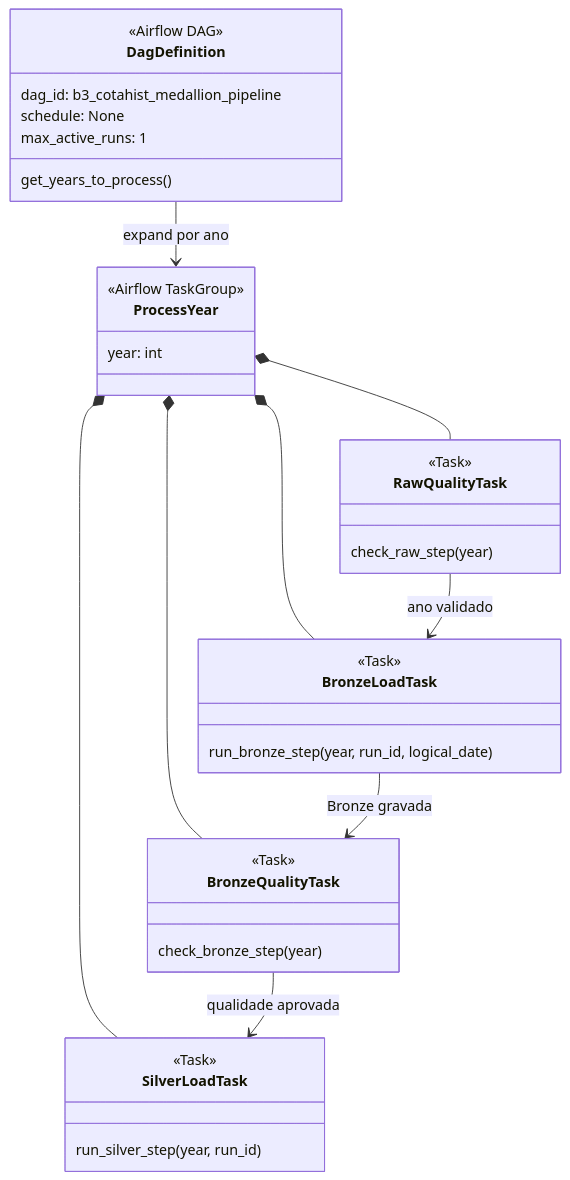
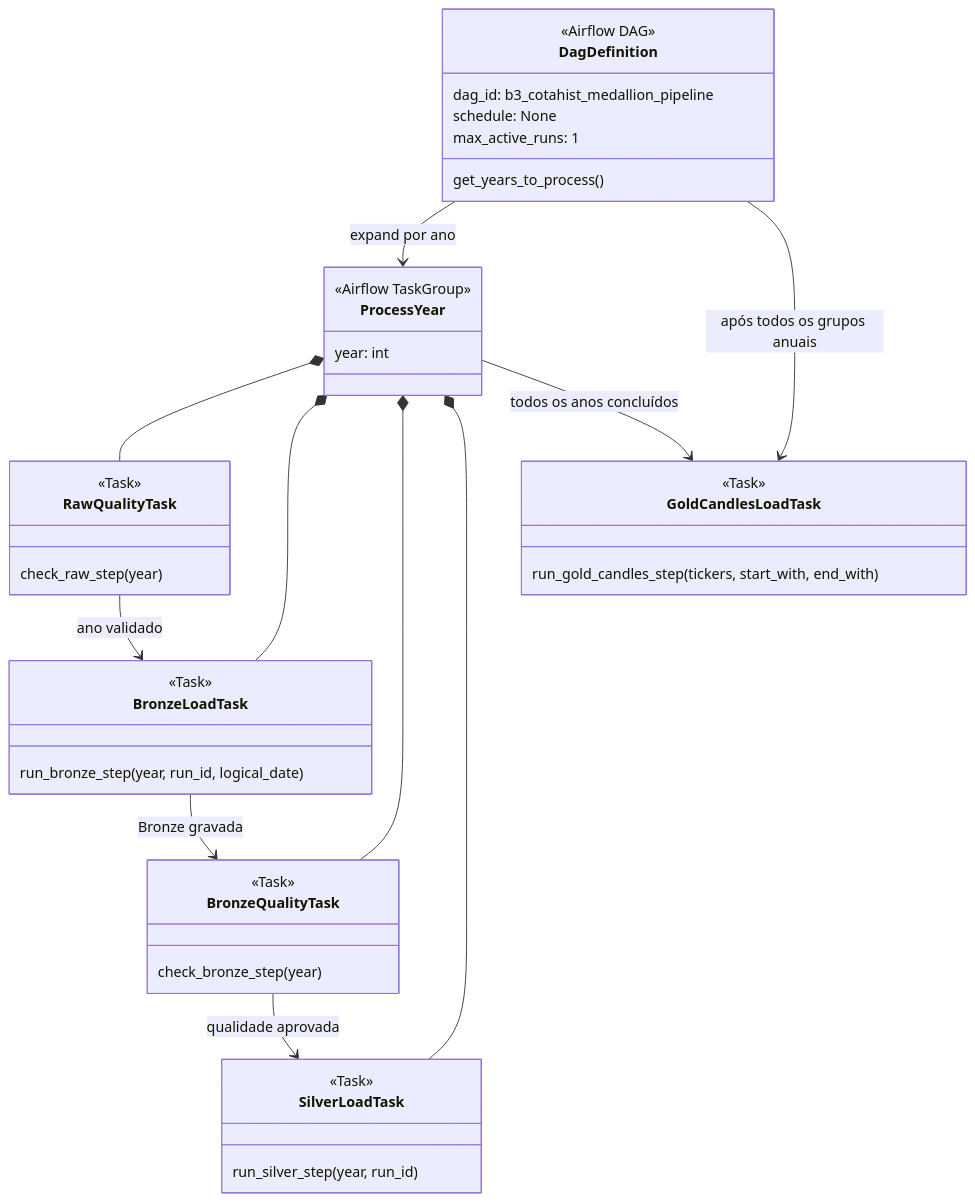
One commit to BiellBatista/Python.DataEngineering changed the first of 2 diagrams in B3-Pipelines/docs/historical-series/diagrama-classes.md. Above: the diagram before and after it, drawn with Mermaid. The commit also changed other lines of this file and 31 other files, not shown here.

First line of the commit message:
feat: add Gold layer for candles in B3-Pipelines

````diff
--- a/B3-Pipelines/docs/historical-series/diagrama-classes.md
+++ b/B3-Pipelines/docs/historical-series/diagrama-classes.md
@@ -11,38 +11,44 @@
 ```mermaid
 classDiagram
     class DagDefinition {
         <<Airflow DAG>>
         dag_id: b3_cotahist_medallion_pipeline
         schedule: None
         max_active_runs: 1
         get_years_to_process()
     }
     class ProcessYear {
         <<Airflow TaskGroup>>
         year: int
     }
     class RawQualityTask {
         <<Task>>
         check_raw_step(year)
     }
     class BronzeLoadTask {
         <<Task>>
         run_bronze_step(year, run_id, logical_date)
     }
     class BronzeQualityTask {
         <<Task>>
         check_bronze_step(year)
     }
     class SilverLoadTask {
         <<Task>>
         run_silver_step(year, run_id)
     }
+    class GoldCandlesLoadTask {
+        <<Task>>
+        run_gold_candles_step(tickers, start_with, end_with)
+    }
     DagDefinition --> ProcessYear : expand por ano
     ProcessYear *-- RawQualityTask
     ProcessYear *-- BronzeLoadTask
     ProcessYear *-- BronzeQualityTask
     ProcessYear *-- SilverLoadTask
+    DagDefinition --> GoldCandlesLoadTask : após todos os grupos anuais
     RawQualityTask --> BronzeLoadTask : ano validado
     BronzeLoadTask --> BronzeQualityTask : Bronze gravada
     BronzeQualityTask --> SilverLoadTask : qualidade aprovada
+    ProcessYear --> GoldCandlesLoadTask : todos os anos concluídos
 ```
````
